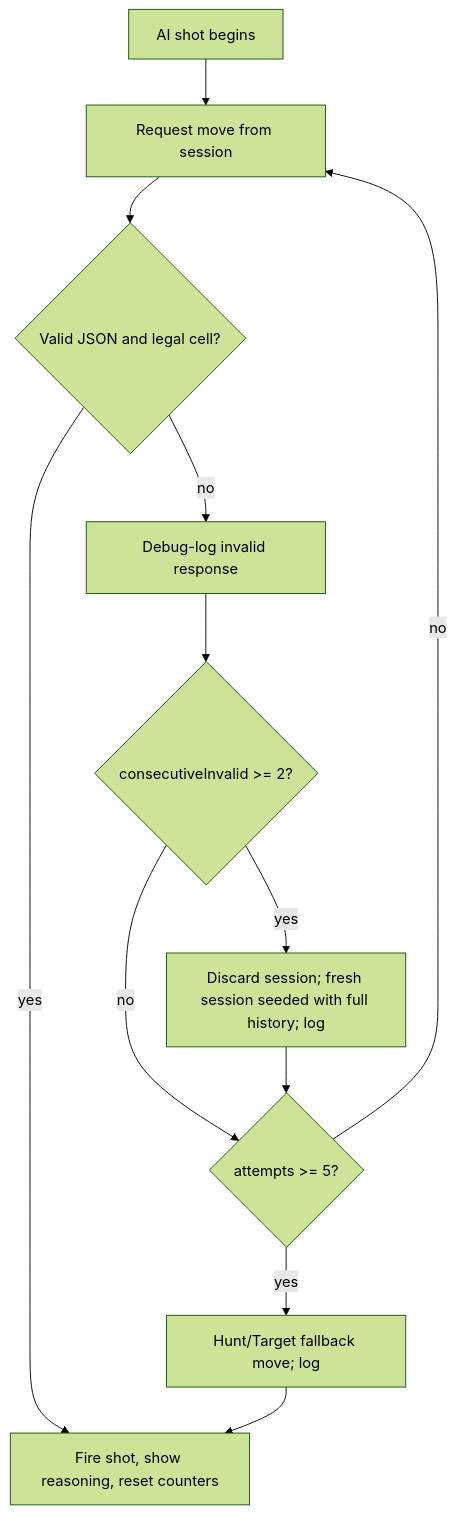
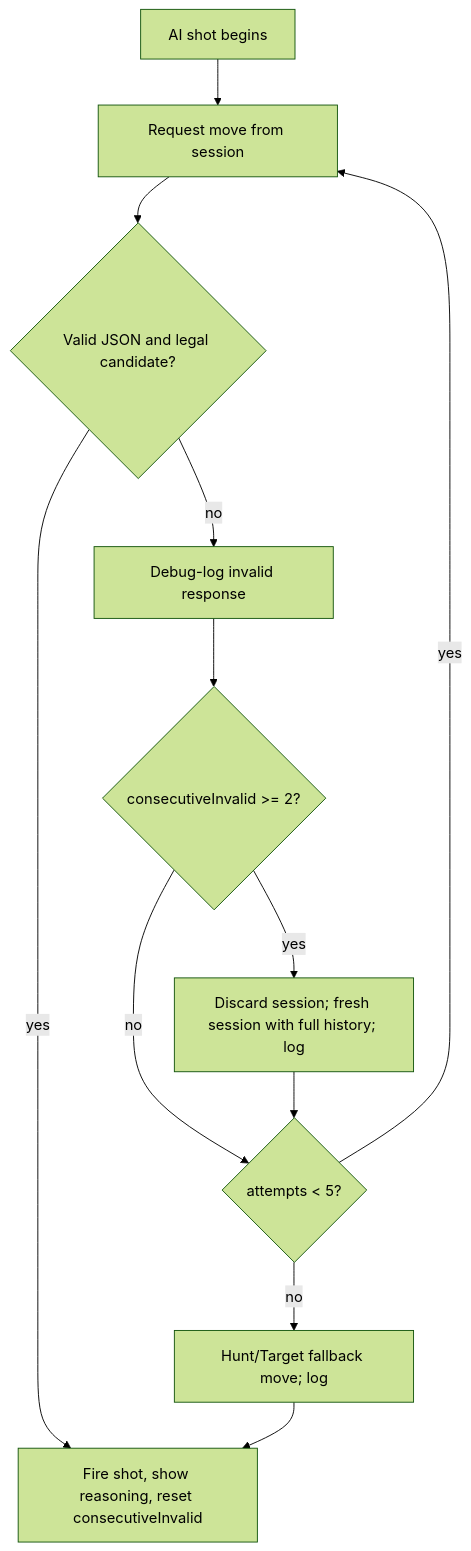
The first of 2 diagrams in SPEC.md (scizor666/nano-battleship), drawn with Mermaid (forest theme) before and after one commit. The commit also changed other lines of this file and 1 other file, not shown here.

````diff
--- a/SPEC.md
+++ b/SPEC.md
@@ -232,14 +301,14 @@
 ```mermaid
 flowchart TD
   startTurn[AI shot begins] --> ask[Request move from session]
-  ask --> parse{Valid JSON and legal cell?}
-  parse -->|yes| fire[Fire shot, show reasoning, reset counters]
+  ask --> parse{Valid JSON and legal candidate?}
+  parse -->|yes| fire[Fire shot, show reasoning, reset consecutiveInvalid]
   parse -->|no| log[Debug-log invalid response]
   log --> consec{consecutiveInvalid >= 2?}
-  consec -->|yes| fresh[Discard session; fresh session seeded with full history; log]
-  consec -->|no| cap{attempts >= 5?}
-  fresh --> cap
-  cap -->|no| ask
-  cap -->|yes| fb[Hunt/Target fallback move; log]
+  consec -->|yes| fresh[Discard session; fresh session with full history; log]
+  consec -->|no| more{attempts < 5?}
+  fresh --> more
+  more -->|yes| ask
+  more -->|no| fb[Hunt/Target fallback move; log]
   fb --> fire
 ```
````
